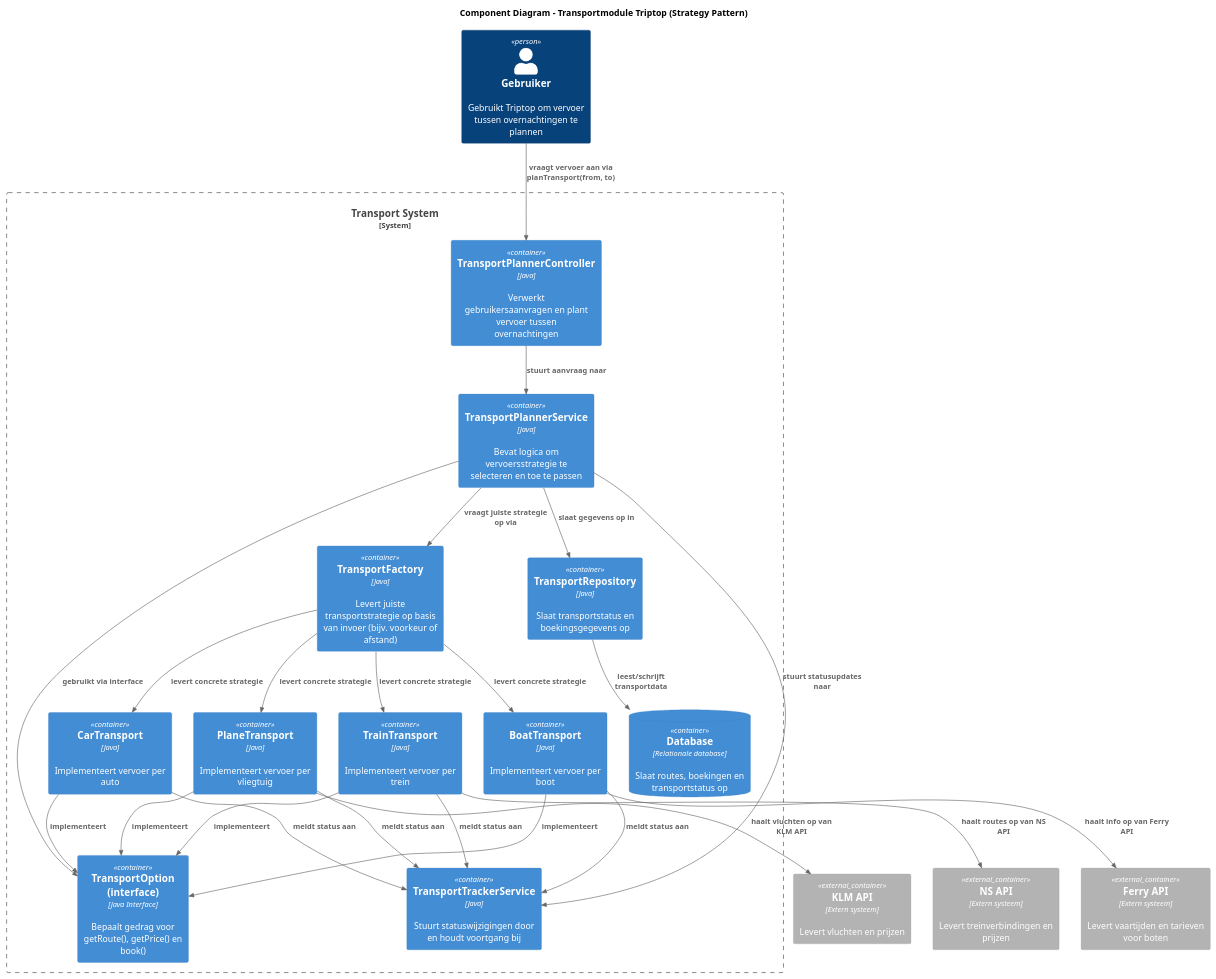
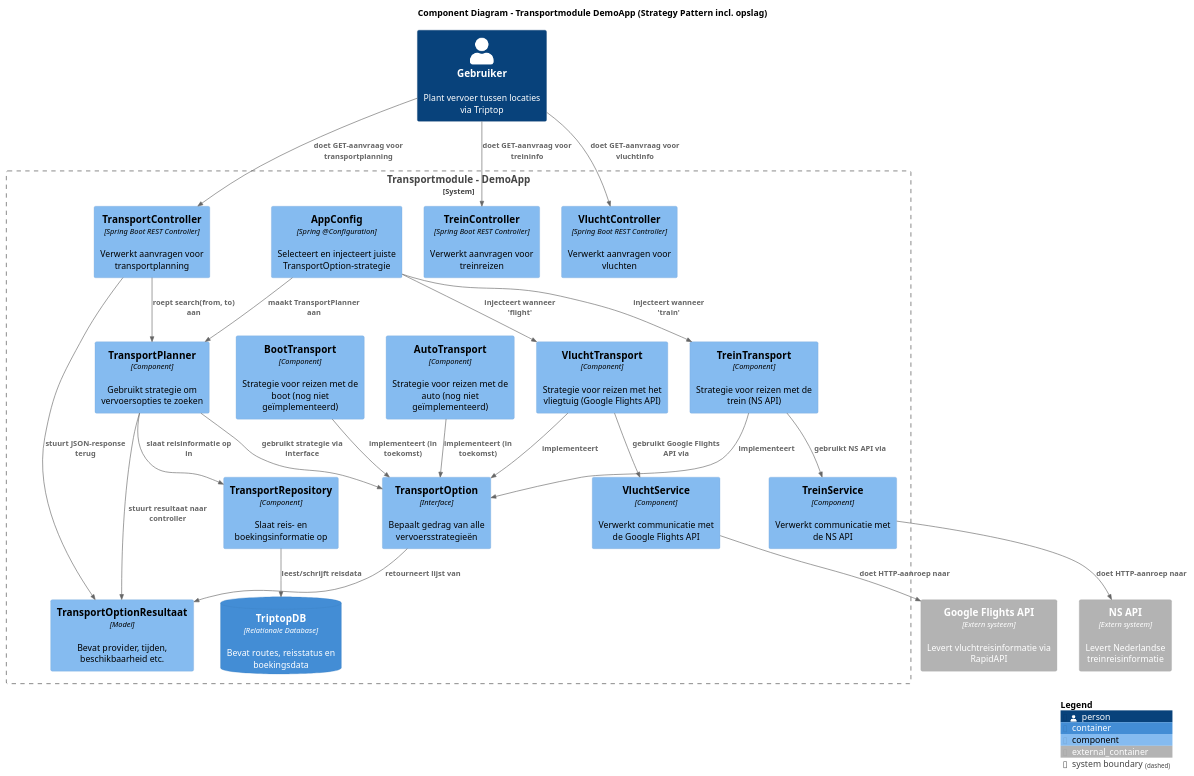
One commit to AIM-ENE-feb25/triptop-sqr-tech changed the diagram in W1 en W2/Presentatie W2/ComponentDiagrams/Rick component diagram.puml. Above: the diagram before and after it, drawn with PlantUML. The commit also changed 8 other files, not shown here.

```diff
--- a/W1 en W2/Presentatie W2/ComponentDiagrams/Rick component diagram.puml
+++ b/W1 en W2/Presentatie W2/ComponentDiagrams/Rick component diagram.puml
@@ -1,70 +1,87 @@
 @startuml
 !include https://raw.githubusercontent.com/plantuml-stdlib/C4-PlantUML/master/C4_Component.puml
 
-title Component Diagram – Transportmodule Triptop (Strategy Pattern)
+title Component Diagram – Transportmodule DemoApp (Strategy Pattern incl. opslag)
 
-' Actor
-Person(user, "Gebruiker", "Gebruikt Triptop om vervoer tussen overnachtingen te plannen")
+' === Actor ===
+Person(user, "Gebruiker", "Plant vervoer tussen locaties via Triptop")
 
-System_Boundary(transportSystem, "Transport System") {
+' === Bounded System: 1 Spring Boot applicatie ===
+System_Boundary(transportSystem, "Transportmodule - DemoApp") {
 
-  ' Controllers
-  Container(controller, "TransportPlannerController", "Java", "Verwerkt gebruikersaanvragen en plant vervoer tussen overnachtingen")
+  ' ===== Controller Layer =====
+  Component(controller, "TransportController", "Spring Boot REST Controller", "Verwerkt aanvragen voor transportplanning")
+  Component(trainCtrl, "TreinController", "Spring Boot REST Controller", "Verwerkt aanvragen voor treinreizen")
+  Component(flightCtrl, "VluchtController", "Spring Boot REST Controller", "Verwerkt aanvragen voor vluchten")
 
-  ' Services (businesslogica)
-  Container(service, "TransportPlannerService", "Java", "Bevat logica om vervoersstrategie te selecteren en toe te passen")
+  ' ===== Service Layer =====
+  Component(plannerService, "TransportPlanner", "Component", "Gebruikt strategie om vervoersopties te zoeken")
 
-  ' Factory
-  Container(factory, "TransportFactory", "Java", "Levert juiste transportstrategie op basis van invoer (bijv. voorkeur of afstand)")
+  ' ===== Repository + Database =====
+  Component(repository, "TransportRepository", "Component", "Slaat reis- en boekingsinformatie op")
+  ContainerDb(database, "TriptopDB", "Relationale Database", "Bevat routes, reisstatus en boekingsdata")
 
-  ' Transportstrategie-interface
-  Container(interface, "TransportOption (interface)", "Java Interface", "Bepaalt gedrag voor getRoute(), getPrice() en book()")
+  ' ===== Configuration Layer =====
+  Component(config, "AppConfig", "Spring @Configuration", "Selecteert en injecteert juiste TransportOption-strategie")
 
-  ' Concrete strategieën (implementaties)
-  Container(car, "CarTransport", "Java", "Implementeert vervoer per auto")
-  Container(train, "TrainTransport", "Java", "Implementeert vervoer per trein")
-  Container(boat, "BoatTransport", "Java", "Implementeert vervoer per boot")
-  Container(plane, "PlaneTransport", "Java", "Implementeert vervoer per vliegtuig")
+  ' ===== Strategieën & Interface =====
+  Component(strategy, "TransportOption", "Interface", "Bepaalt gedrag van alle vervoersstrategieën")
 
-  ' Opslag en tracking
-  Container(repo, "TransportRepository", "Java", "Slaat transportstatus en boekingsgegevens op")
-  Container(tracker, "TransportTrackerService", "Java", "Stuurt statuswijzigingen door en houdt voortgang bij")
+  Component(trein, "TreinTransport", "Component", "Strategie voor reizen met de trein (NS API)")
+  Component(vlucht, "VluchtTransport", "Component", "Strategie voor reizen met het vliegtuig (Google Flights API)")
+  Component(auto, "AutoTransport", "Component", "Strategie voor reizen met de auto (nog niet geïmplementeerd)")
+  Component(boot, "BootTransport", "Component", "Strategie voor reizen met de boot (nog niet geïmplementeerd)")
 
-  ' Database
-  ContainerDb(database, "Database", "Relationale database", "Slaat routes, boekingen en transportstatus op")
+  ' ===== API-integratie Services =====
+  Component(treinService, "TreinService", "Component", "Verwerkt communicatie met de NS API")
+  Component(vluchtService, "VluchtService", "Component", "Verwerkt communicatie met de Google Flights API")
+
+  ' ===== Model =====
+  Component(resultaat, "TransportOptionResultaat", "Model", "Bevat provider, tijden, beschikbaarheid etc.")
 }
 
-' Externe services (buiten het systeem!)
-Container_Ext(nsapi, "NS API", "Extern systeem", "Levert treinverbindingen en prijzen")
-Container_Ext(klmapi, "KLM API", "Extern systeem", "Levert vluchten en prijzen")
-Container_Ext(ferryapi, "Ferry API", "Extern systeem", "Levert vaartijden en tarieven voor boten")
+' ===== Externe systemen =====
+Container_Ext(nsapi, "NS API", "Extern systeem", "Levert Nederlandse treinreisinformatie")
+Container_Ext(googleflightsapi, "Google Flights API", "Extern systeem", "Levert vluchtreisinformatie via RapidAPI")
 
-' Relaties
-Rel(user, controller, "vraagt vervoer aan via planTransport(from, to)")
-Rel(controller, service, "stuurt aanvraag naar")
-Rel(service, factory, "vraagt juiste strategie op via")
-Rel(factory, car, "levert concrete strategie")
-Rel(factory, train, "levert concrete strategie")
-Rel(factory, boat, "levert concrete strategie")
-Rel(factory, plane, "levert concrete strategie")
+' ===== Gebruiker naar controller =====
+Rel(user, controller, "doet GET-aanvraag voor transportplanning")
+Rel(user, trainCtrl, "doet GET-aanvraag voor treininfo")
+Rel(user, flightCtrl, "doet GET-aanvraag voor vluchtinfo")
 
-Rel(car, interface, "implementeert")
-Rel(train, interface, "implementeert")
-Rel(boat, interface, "implementeert")
-Rel(plane, interface, "implementeert")
-Rel(service, interface, "gebruikt via interface")
+' ===== Controller naar planner/service laag =====
+Rel(controller, plannerService, "roept search(from, to) aan")
+Rel(plannerService, strategy, "gebruikt strategie via interface")
 
-Rel(service, repo, "slaat gegevens op in")
-Rel(repo, database, "leest/schrijft transportdata")
-Rel(service, tracker, "stuurt statusupdates naar")
+' ===== Strategie implementaties =====
+Rel(trein, strategy, "implementeert")
+Rel(vlucht, strategy, "implementeert")
+Rel(auto, strategy, "implementeert (in toekomst)")
+Rel(boot, strategy, "implementeert (in toekomst)")
 
-Rel(car, tracker, "meldt status aan")
-Rel(train, tracker, "meldt status aan")
-Rel(boat, tracker, "meldt status aan")
-Rel(plane, tracker, "meldt status aan")
+' ===== Config injecteert strategieën en planner =====
+Rel(config, plannerService, "maakt TransportPlanner aan")
+Rel(config, trein, "injecteert wanneer 'train'")
+Rel(config, vlucht, "injecteert wanneer 'flight'")
 
-Rel(train, nsapi, "haalt routes op van NS API")
-Rel(boat, ferryapi, "haalt info op van Ferry API")
-Rel(plane, klmapi, "haalt vluchten op van KLM API")
+' ===== Strategie gebruikt service voor API-aanroepen =====
+Rel(trein, treinService, "gebruikt NS API via")
+Rel(vlucht, vluchtService, "gebruikt Google Flights API via")
 
+' ===== Services communiceren met externe APIs =====
+Rel(treinService, nsapi, "doet HTTP-aanroep naar")
+Rel(vluchtService, googleflightsapi, "doet HTTP-aanroep naar")
+
+' ===== Opslaglaag =====
+Rel(plannerService, repository, "slaat reisinformatie op in")
+Rel(repository, database, "leest/schrijft reisdata")
+
+' ===== Resultaatmodel stroom =====
+Rel(strategy, resultaat, "retourneert lijst van")
+Rel(plannerService, resultaat, "stuurt resultaat naar controller")
+Rel(controller, resultaat, "stuurt JSON-response terug")
+
+' === Legenda ===
+' Voeg een blok toe onderaan het diagram
+SHOW_LEGEND()
 @enduml
```
